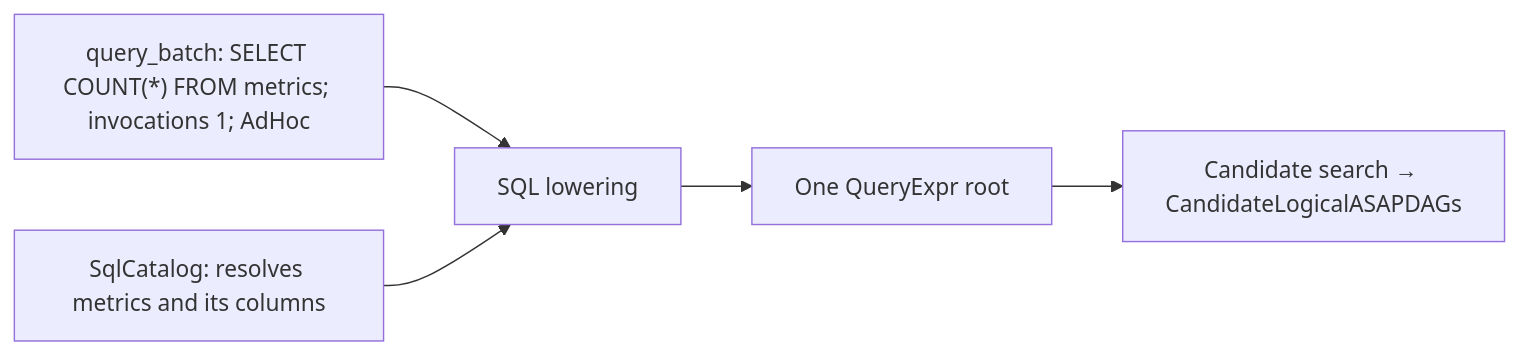
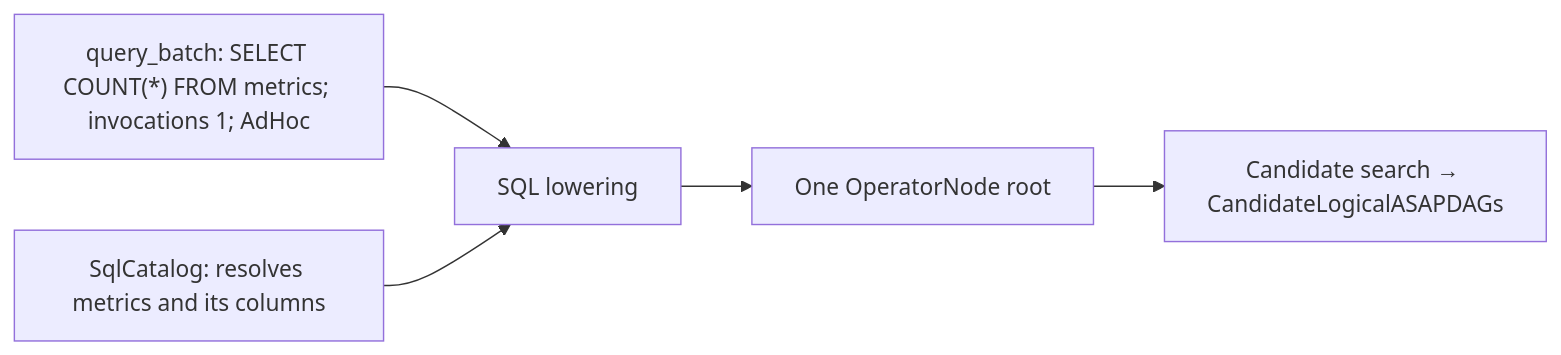
Before and after one commit to ProjectASAP/ASAPPlanner: the second of 2 diagrams in docs/design_docs/architecture/input-output-workflow.md, drawn with Mermaid. The commit also changed other lines of this file and 72 other files, not shown here.

````diff
--- a/docs/design_docs/architecture/input-output-workflow.md
+++ b/docs/design_docs/architecture/input-output-workflow.md
@@ -100,11 +100,11 @@
 ```mermaid
 flowchart LR
     Q["query_batch: SELECT COUNT(*) FROM metrics; invocations 1; AdHoc"]
     C["SqlCatalog: resolves metrics and its columns"]
     F["SQL lowering"]
-    R["One QueryExpr root"]
+    R["One OperatorNode root"]
     P["Candidate search → CandidateLogicalASAPDAGs"]
     Q --> F
     C --> F
     F --> R --> P
 ```
````
